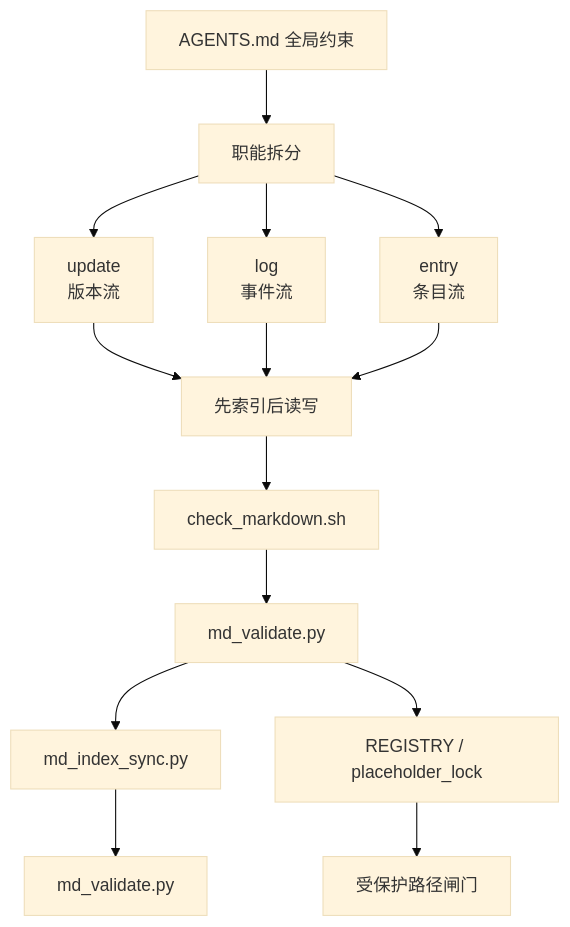
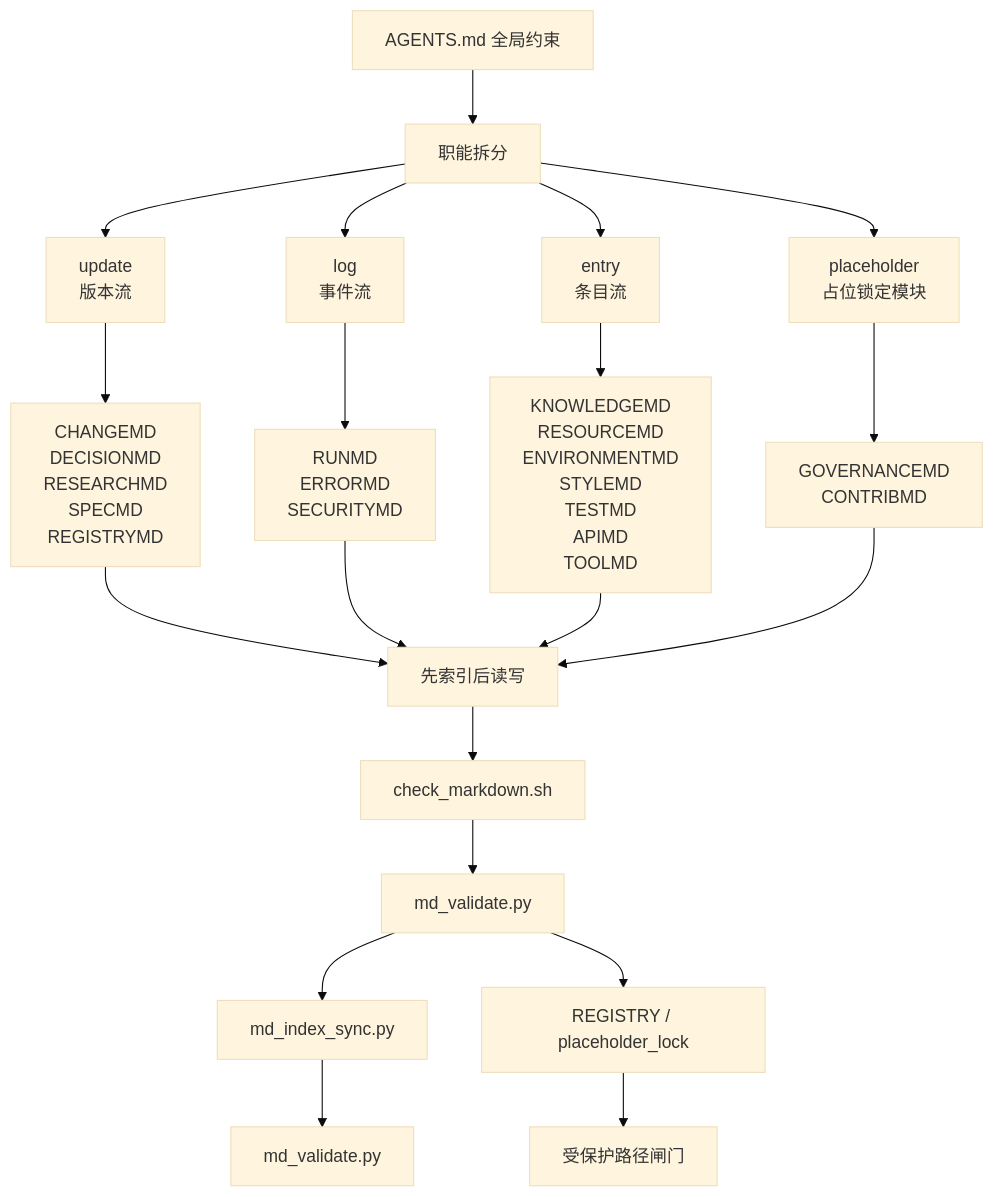
The second of 2 diagrams in README.md (AIALRA-0/AGENTSMD), drawn with Mermaid (base theme) before and after one commit. The commit also changed other lines of this file, not shown here.

Commit message:
docs: map departments under each flow in diagrams and mode section

````diff
--- a/README.md
+++ b/README.md
@@ -172,19 +186,26 @@
 ```mermaid
 flowchart TD
   A[AGENTS.md 全局约束] --> B[职能拆分]
   B --> B1[update<br/>版本流]
   B --> B2[log<br/>事件流]
   B --> B3[entry<br/>条目流]
+  B --> BP[placeholder<br/>占位锁定模块]
 
-  B1 --> C[先索引后读写]
-  B2 --> C
-  B3 --> C
+  B1 --> U1[CHANGEMD<br/>DECISIONMD<br/>RESEARCHMD<br/>SPECMD<br/>REGISTRYMD]
+  B2 --> U2[RUNMD<br/>ERRORMD<br/>SECURITYMD]
+  B3 --> U3[KNOWLEDGEMD<br/>RESOURCEMD<br/>ENVIRONMENTMD<br/>STYLEMD<br/>TESTMD<br/>APIMD<br/>TOOLMD]
+  BP --> U4[GOVERNANCEMD<br/>CONTRIBMD]
+
+  U1 --> C[先索引后读写]
+  U2 --> C
+  U3 --> C
+  U4 --> C
 
   C --> D[check_markdown.sh]
   D --> E[md_validate.py]
   E --> F[md_index_sync.py]
   F --> G[md_validate.py]
 
   E --> H[REGISTRY / placeholder_lock]
   H --> I[受保护路径闸门]
 ```
````
